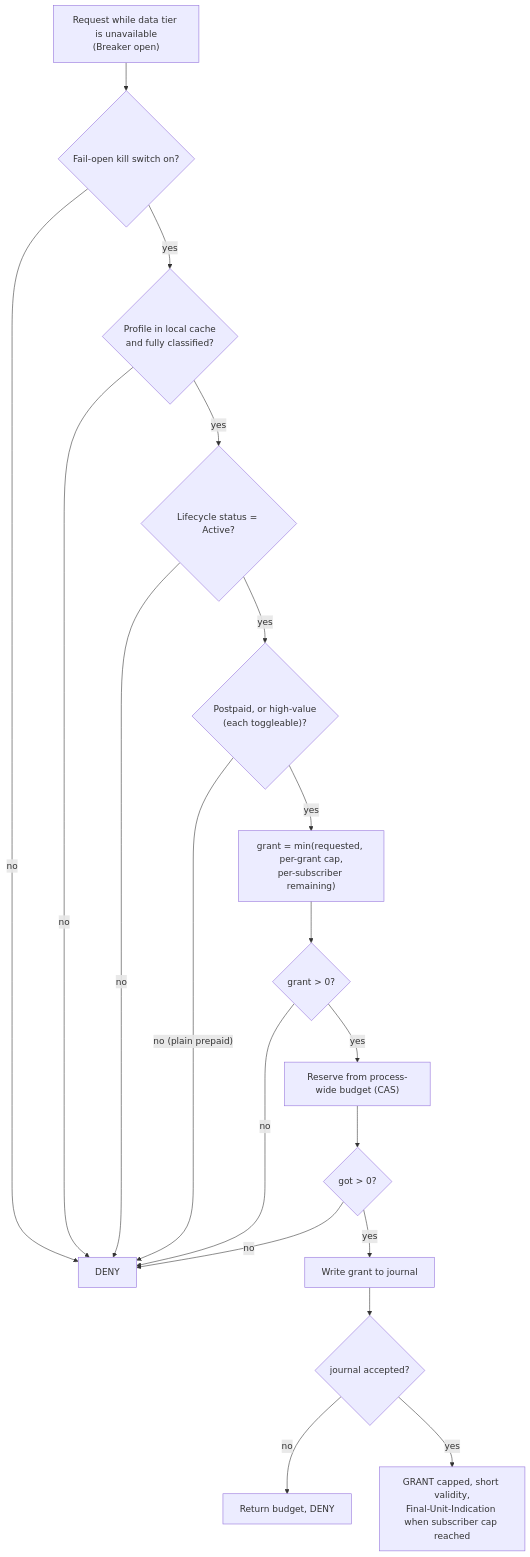
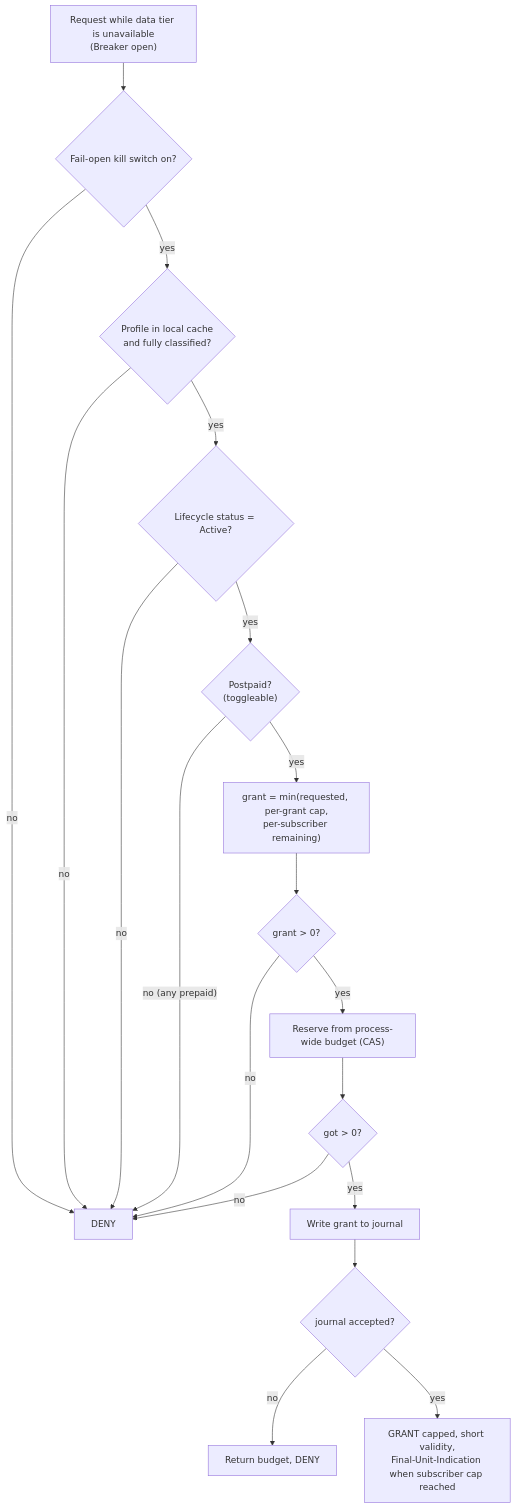
One commit to cckhaw/meridian-ocs changed the diagram in docs/architecture/02-decisions-and-failure-policy.md. Above: the diagram before and after it, drawn with Mermaid. The commit also changed other lines of this file and 5 other files, not shown here.

````diff
--- a/docs/architecture/02-decisions-and-failure-policy.md
+++ b/docs/architecture/02-decisions-and-failure-policy.md
@@ -16,21 +16,21 @@
 ```mermaid
 flowchart TD
   A["Request while data tier is unavailable<br/>(Breaker open)"] --> B{"Fail-open kill switch on?"}
   B -- no --> X["DENY"]
   B -- yes --> C{"Profile in local cache<br/>and fully classified?"}
   C -- no --> X
   C -- yes --> D{"Lifecycle status = Active?"}
   D -- no --> X
-  D -- yes --> E{"Postpaid, or high-value<br/>(each toggleable)?"}
-  E -- "no (plain prepaid)" --> X
+  D -- yes --> E{"Postpaid?<br/>(toggleable)"}
+  E -- "no (any prepaid)" --> X
   E -- yes --> F["grant = min(requested, per-grant cap,<br/>per-subscriber remaining)"]
   F --> G{"grant &gt; 0?"}
   G -- no --> X
   G -- yes --> H["Reserve from process-wide budget (CAS)"]
   H --> I{"got &gt; 0?"}
   I -- no --> X
   I -- yes --> J["Write grant to journal"]
   J --> K{"journal accepted?"}
   K -- no --> R["Return budget, DENY"]
   K -- yes --> L["GRANT capped, short validity,<br/>Final-Unit-Indication when subscriber cap reached"]
 ```
````
